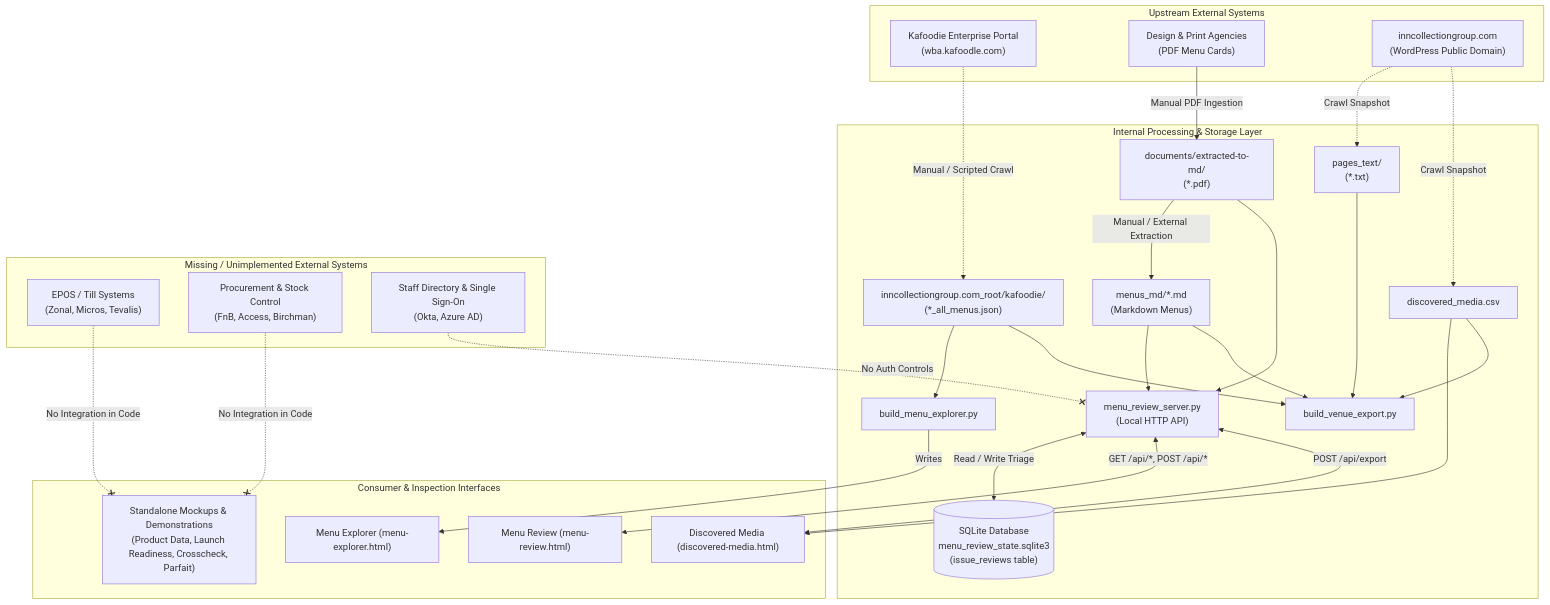
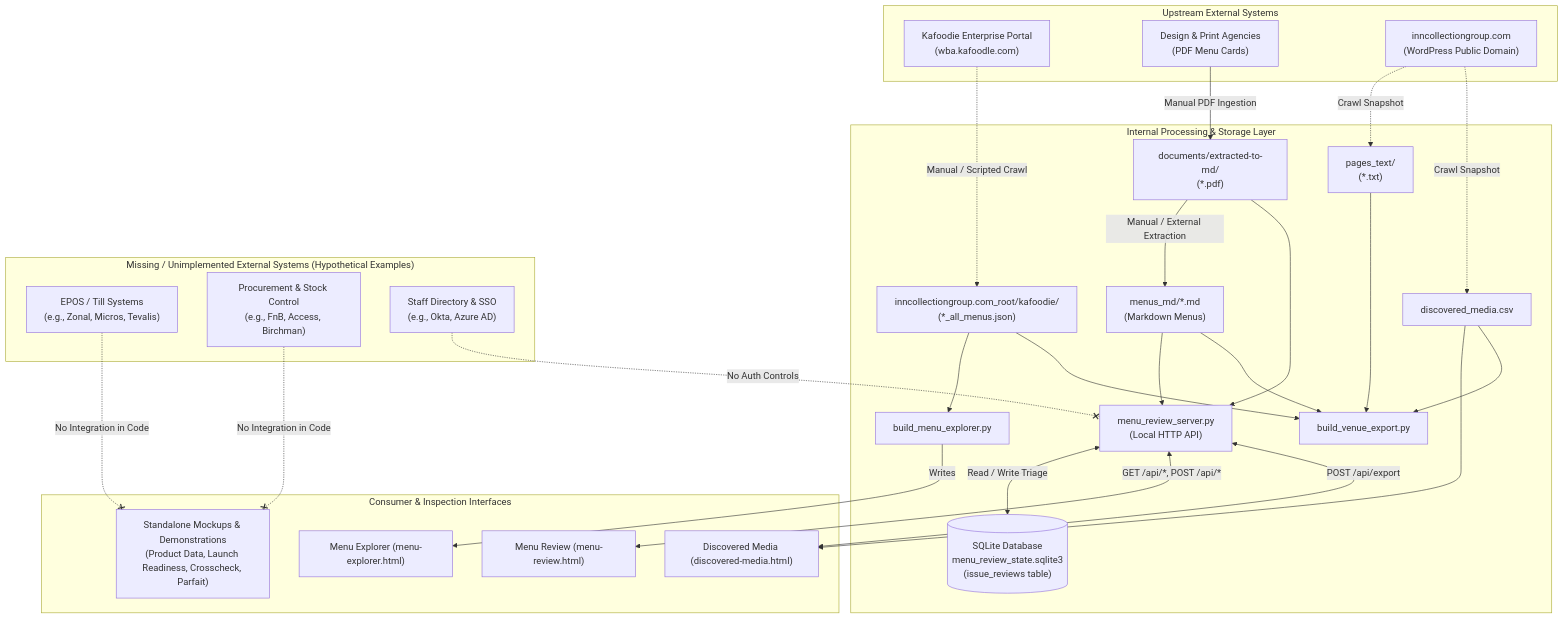
One commit to lsoliviadisconzi/Inn-Collection-Group changed the diagram in docs/capability-assessment/05_INTEGRATION_AND_DEPENDENCY_REGISTER.md. Above: the diagram before and after it, drawn with Mermaid. The commit also changed other lines of this file and 8 other files, not shown here.

````diff
--- a/docs/capability-assessment/05_INTEGRATION_AND_DEPENDENCY_REGISTER.md
+++ b/docs/capability-assessment/05_INTEGRATION_AND_DEPENDENCY_REGISTER.md
@@ -13,61 +13,61 @@
 ```mermaid
 graph TD
     subgraph UpstreamExternal["Upstream External Systems"]
         KAFOODLE["Kafoodie Enterprise Portal<br/>(wba.kafoodle.com)"]
         PRINT_AGY["Design & Print Agencies<br/>(PDF Menu Cards)"]
         PUBLIC_WEB["inncollectiongroup.com<br/>(WordPress Public Domain)"]
     end
 
     subgraph InternalPipeline["Internal Processing & Storage Layer"]
         CRAWL_KAF["inncollectiongroup.com_root/kafoodie/<br/>(*_all_menus.json)"]
         CRAWL_DOCS["documents/extracted-to-md/<br/>(*.pdf)"]
         CRAWL_TXT["pages_text/<br/>(*.txt)"]
         CRAWL_CSV["discovered_media.csv"]
         
         MD_MASTER["menus_md/*.md<br/>(Markdown Menus)"]
         SQL_DB[("SQLite Database<br/>menu_review_state.sqlite3<br/>(issue_reviews table)")]
         
         PY_SRV["menu_review_server.py<br/>(Local HTTP API)"]
         PY_EXP["build_menu_explorer.py"]
         PY_VENUE["build_venue_export.py"]
     end
 
     subgraph ConsumerInterfaces["Consumer & Inspection Interfaces"]
         UI_EXP["Menu Explorer (menu-explorer.html)"]
         UI_REV["Menu Review (menu-review.html)"]
         UI_MED["Discovered Media (discovered-media.html)"]
         UI_MOCK["Standalone Mockups & Demonstrations<br/>(Product Data, Launch Readiness, Crosscheck, Parfait)"]
     end
 
-    subgraph MissingIntegrations["Missing / Unimplemented External Systems"]
-        EXT_EPOS["EPOS / Till Systems<br/>(Zonal, Micros, Tevalis)"]
-        EXT_ERP["Procurement & Stock Control<br/>(FnB, Access, Birchman)"]
-        EXT_AUTH["Staff Directory & Single Sign-On<br/>(Okta, Azure AD)"]
+    subgraph MissingIntegrations["Missing / Unimplemented External Systems (Hypothetical Examples)"]
+        EXT_EPOS["EPOS / Till Systems<br/>(e.g., Zonal, Micros, Tevalis)"]
+        EXT_ERP["Procurement & Stock Control<br/>(e.g., FnB, Access, Birchman)"]
+        EXT_AUTH["Staff Directory & SSO<br/>(e.g., Okta, Azure AD)"]
     end
 
     KAFOODLE -.->|Manual / Scripted Crawl| CRAWL_KAF
     PRINT_AGY -->|Manual PDF Ingestion| CRAWL_DOCS
     CRAWL_DOCS -->|Manual / External Extraction| MD_MASTER
     PUBLIC_WEB -.->|Crawl Snapshot| CRAWL_TXT
     PUBLIC_WEB -.->|Crawl Snapshot| CRAWL_CSV
 
     CRAWL_KAF --> PY_EXP
     PY_EXP -->|Writes| UI_EXP
 
     MD_MASTER --> PY_SRV
     CRAWL_DOCS --> PY_SRV
     PY_SRV <-->|Read / Write Triage| SQL_DB
     PY_SRV <-->|GET /api/*, POST /api/*| UI_REV
 
     CRAWL_CSV --> UI_MED
     PY_SRV <-->|POST /api/export| UI_MED
 
     MD_MASTER --> PY_VENUE
     CRAWL_KAF --> PY_VENUE
     CRAWL_TXT --> PY_VENUE
     CRAWL_CSV --> PY_VENUE
 
     EXT_EPOS -.-x|No Integration in Code| UI_MOCK
     EXT_ERP -.-x|No Integration in Code| UI_MOCK
     EXT_AUTH -.-x|No Auth Controls| PY_SRV
 ```
````
